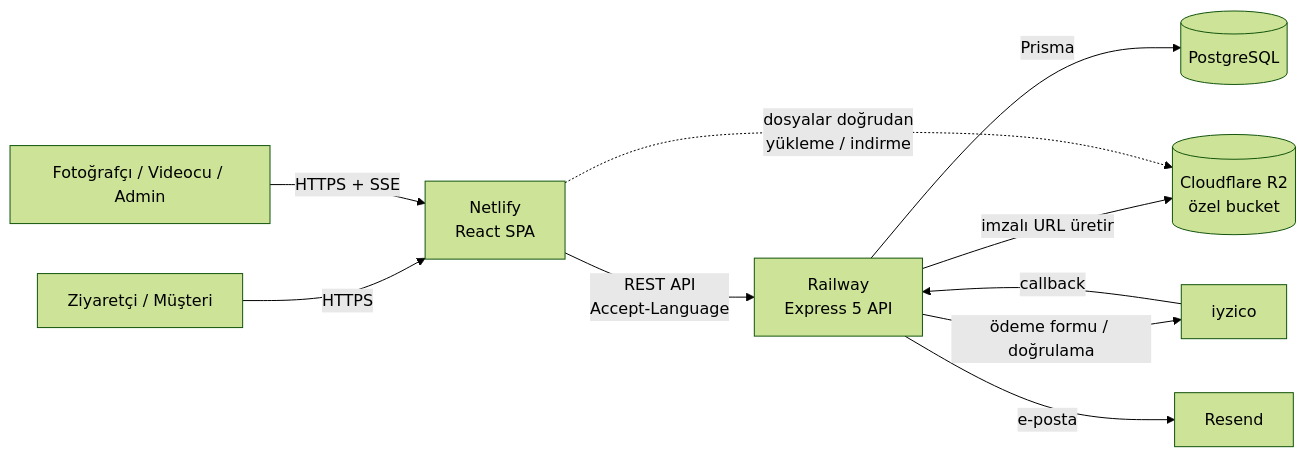
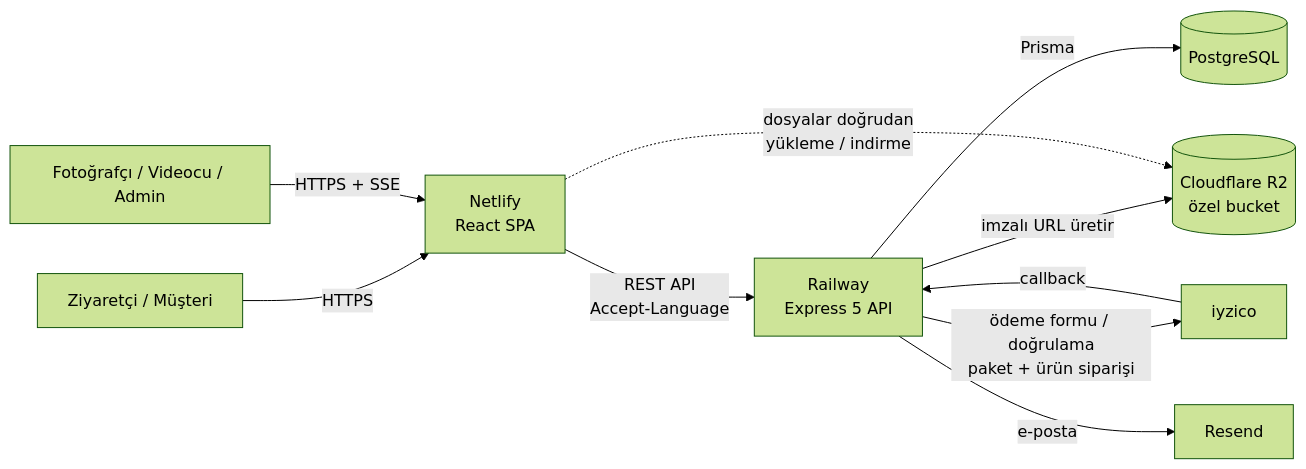
One commit to Furkan-Kose/rngsport changed the diagram in README.md. Above: the diagram before and after it, drawn with Mermaid (forest theme). The commit also changed other lines of this file and 15 other files, not shown here.

````diff
--- a/README.md
+++ b/README.md
@@ -205,12 +246,12 @@
 ```mermaid
 flowchart LR
     U[Ziyaretçi / Müşteri] -->|HTTPS| N[Netlify<br/>React SPA]
     S[Fotoğrafçı / Videocu / Admin] -->|HTTPS + SSE| N
     N -->|REST API<br/>Accept-Language| R[Railway<br/>Express 5 API]
     R -->|Prisma| DB[(PostgreSQL)]
     R -->|imzalı URL üretir| R2[(Cloudflare R2<br/>özel bucket)]
     N -.->|dosyalar doğrudan<br/>yükleme / indirme| R2
-    R -->|ödeme formu / doğrulama| IY[iyzico]
+    R -->|ödeme formu / doğrulama<br/>paket + ürün siparişi| IY[iyzico]
     IY -->|callback| R
     R -->|e-posta| RS[Resend]
 ```
````
